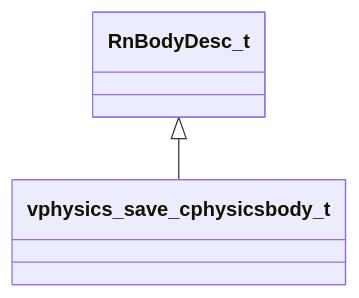
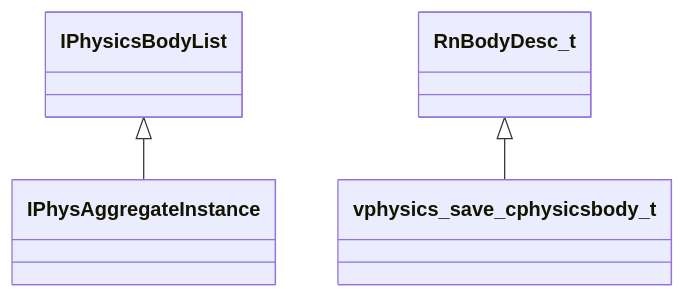
One commit to sid2934/CS2-OpenDevDocs changed the diagram in docs/diagrams/vphysics2.md. Above: the diagram before and after it, drawn with Mermaid. The commit also changed 45 other files, not shown here.

````diff
--- a/docs/diagrams/vphysics2.md
+++ b/docs/diagrams/vphysics2.md
@@ -14,4 +14,5 @@
 ```mermaid
 classDiagram
+    IPhysicsBodyList <|-- IPhysAggregateInstance
     RnBodyDesc_t <|-- vphysics_save_cphysicsbody_t
 ```
````
